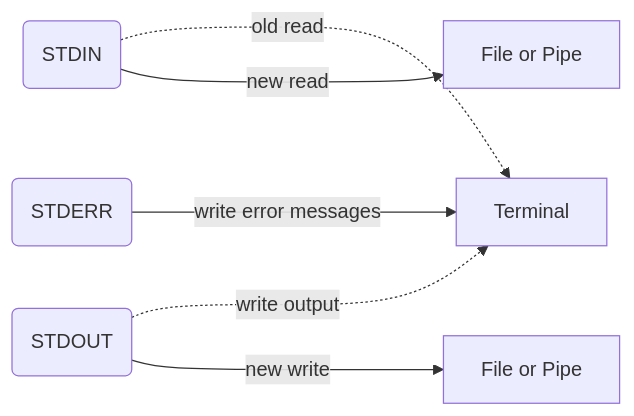
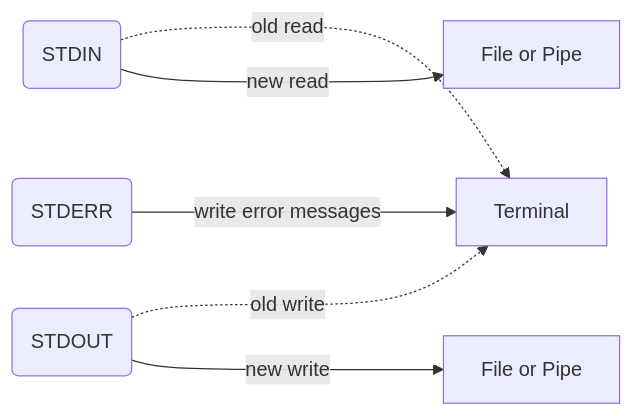
One commit to tmazitov/profile changed the eighth of 8 diagrams in src/assets/articles/Minishell.md. Above: the diagram before and after it, drawn with Mermaid. The commit also changed other lines of this file and 1 other file, not shown here.

````diff
--- a/src/assets/articles/Minishell.md
+++ b/src/assets/articles/Minishell.md
@@ -207,9 +198,9 @@
 ```mermaid
 flowchart LR
 
 A("STDIN") -..->|old read| T[Terminal]
 A --->|new read| F1["File or Pipe"]
-B("STDOUT") -..->|write output| T
+B("STDOUT") -..->|old write| T
 B --->|new write| F2["File or Pipe"]
 C("STDERR") --->|write error messages| T 
 ```
````
